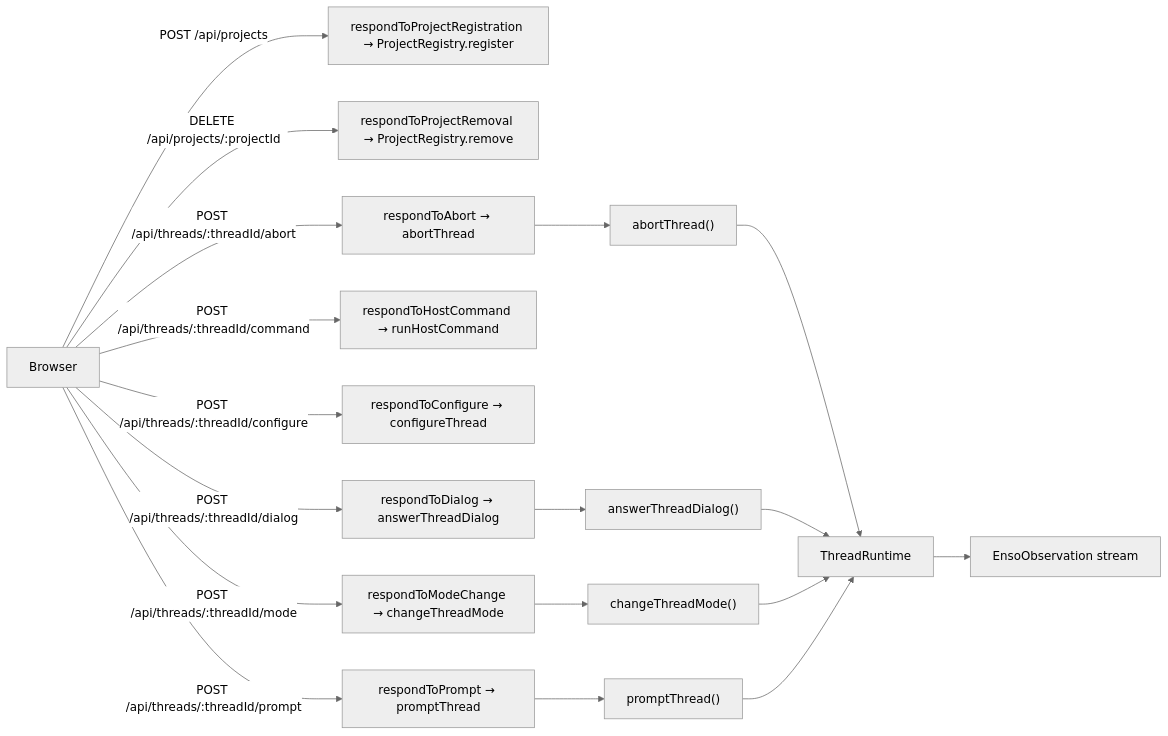
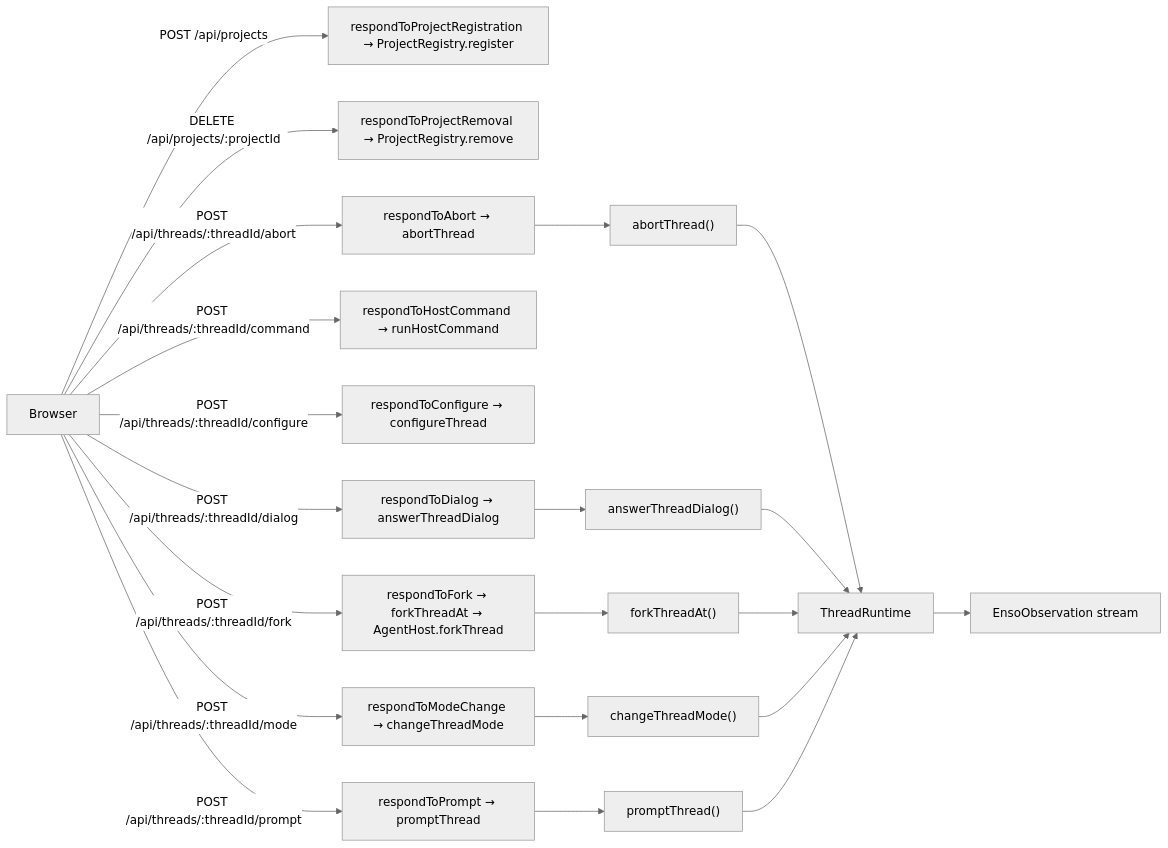
One commit to dopamine911/enso-harness changed the first of 2 diagrams in docs/reference/flows.md. Above: the diagram before and after it, drawn with Mermaid (neutral theme). The commit also changed other lines of this file and 28 other files, not shown here.

Commit message:
feat: fork a thread from the browser (#433)

````diff
--- a/docs/reference/flows.md
+++ b/docs/reference/flows.md
@@ -10,21 +10,24 @@
 ```mermaid
 flowchart LR
   Browser["Browser"]
   Browser -->|POST /api/projects| R_POST_api_projects["respondToProjectRegistration → ProjectRegistry.register"]
   Browser -->|DELETE /api/projects/:projectId| R_DELETE_api_projects_projectId["respondToProjectRemoval → ProjectRegistry.remove"]
   Browser -->|POST /api/threads/:threadId/abort| R_POST_api_threads_threadId_abort["respondToAbort → abortThread"]
   R_POST_api_threads_threadId_abort --> H_respondToAbort_abortThread["abortThread()"]
   H_respondToAbort_abortThread --> Runtime
   Browser -->|POST /api/threads/:threadId/command| R_POST_api_threads_threadId_command["respondToHostCommand → runHostCommand"]
   Browser -->|POST /api/threads/:threadId/configure| R_POST_api_threads_threadId_configure["respondToConfigure → configureThread"]
   Browser -->|POST /api/threads/:threadId/dialog| R_POST_api_threads_threadId_dialog["respondToDialog → answerThreadDialog"]
   R_POST_api_threads_threadId_dialog --> H_respondToDialog_answerThreadDialog["answerThreadDialog()"]
   H_respondToDialog_answerThreadDialog --> Runtime
+  Browser -->|POST /api/threads/:threadId/fork| R_POST_api_threads_threadId_fork["respondToFork → forkThreadAt → AgentHost.forkThread"]
+  R_POST_api_threads_threadId_fork --> H_respondToFork_forkThreadAt_AgentHost_forkThread["forkThreadAt()"]
+  H_respondToFork_forkThreadAt_AgentHost_forkThread --> Runtime
   Browser -->|POST /api/threads/:threadId/mode| R_POST_api_threads_threadId_mode["respondToModeChange → changeThreadMode"]
   R_POST_api_threads_threadId_mode --> H_respondToModeChange_changeThreadMode["changeThreadMode()"]
   H_respondToModeChange_changeThreadMode --> Runtime
   Browser -->|POST /api/threads/:threadId/prompt| R_POST_api_threads_threadId_prompt["respondToPrompt → promptThread"]
   R_POST_api_threads_threadId_prompt --> H_respondToPrompt_promptThread["promptThread()"]
   H_respondToPrompt_promptThread --> Runtime
   Runtime["ThreadRuntime"] --> Observations["EnsoObservation stream"]
 ```
````
